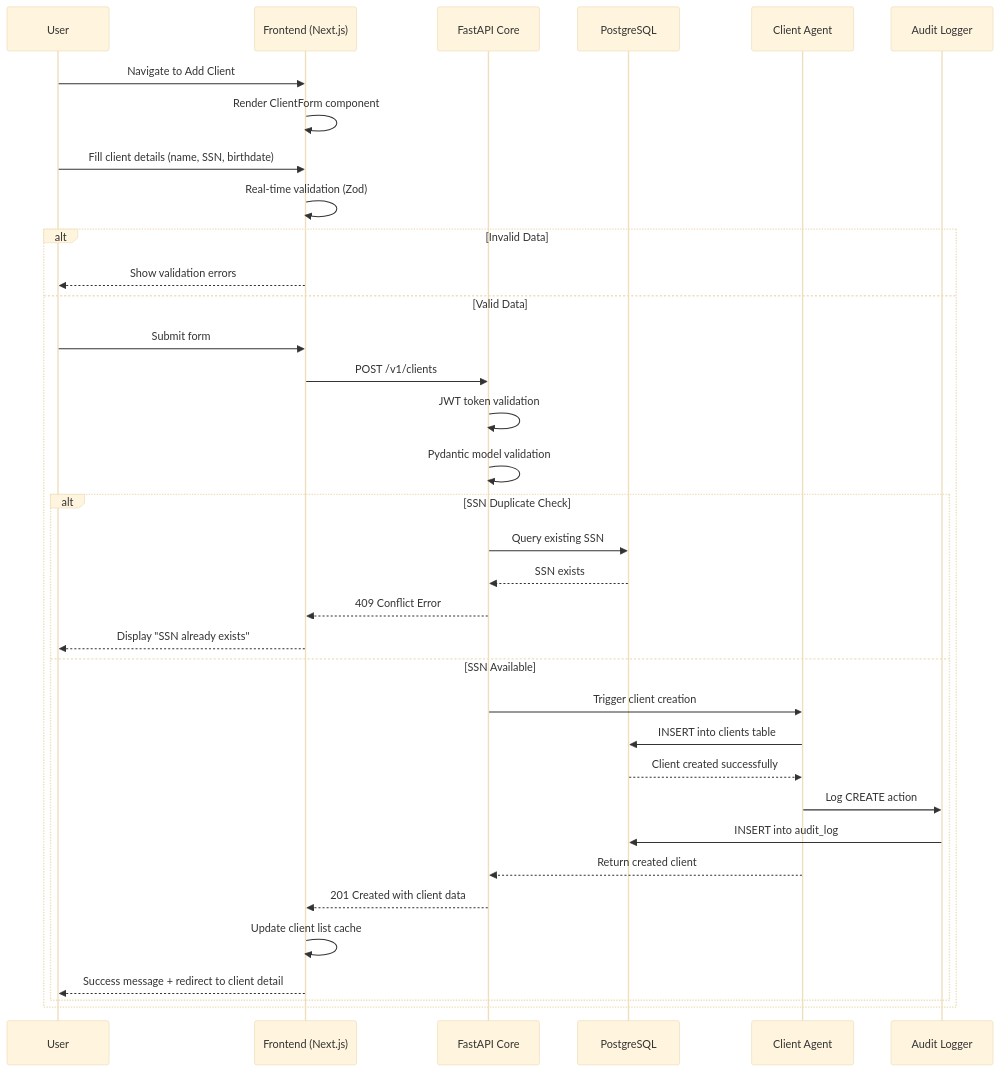
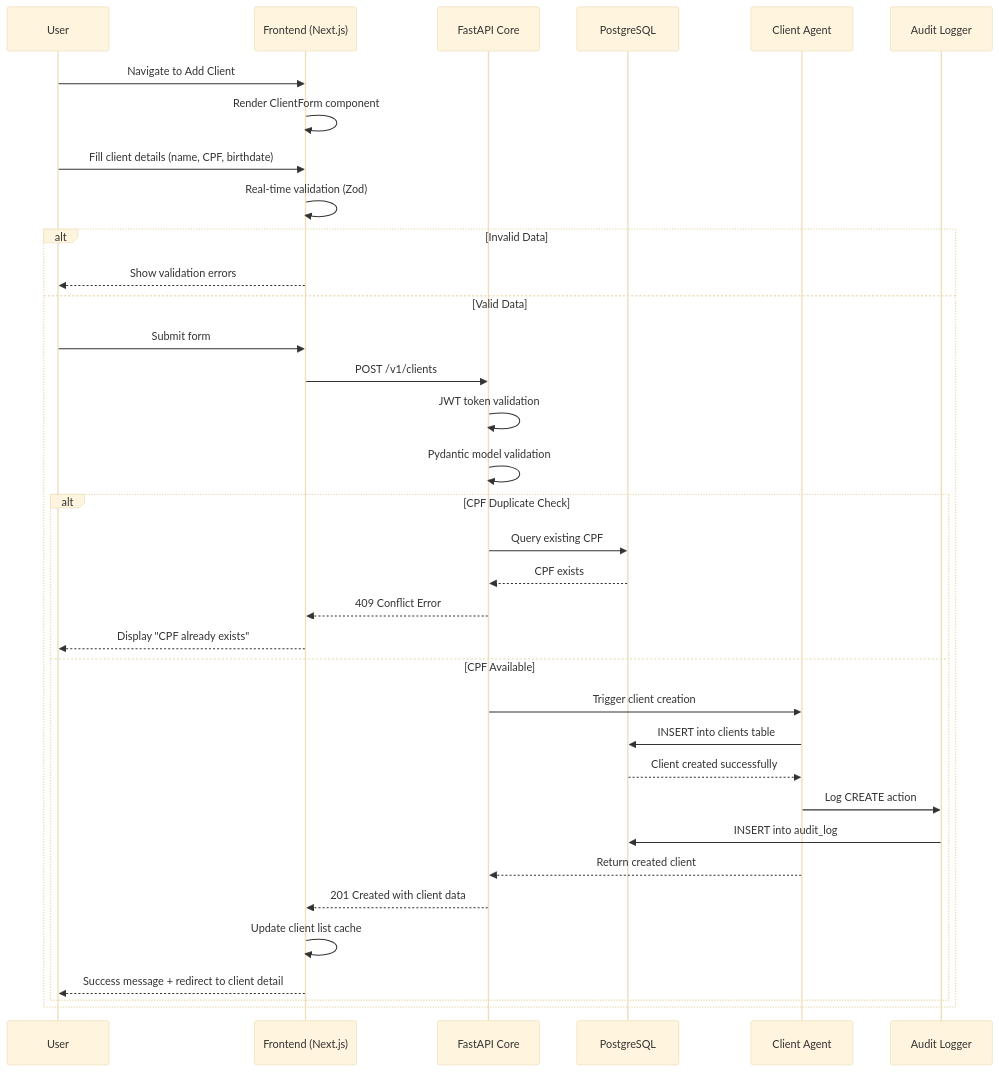
One commit to docg1701/iam-dashboard changed the third of 5 diagrams in docs/architecture.md. Above: the diagram before and after it, drawn with Mermaid (base theme). The commit also changed other lines of this file and 33 other files, not shown here.

````diff
--- a/docs/architecture.md
+++ b/docs/architecture.md
@@ -695,40 +695,40 @@
 ```mermaid
 sequenceDiagram
     participant U as User
     participant F as Frontend (Next.js)
     participant API as FastAPI Core
     participant DB as PostgreSQL
     participant A1 as Client Agent
     participant AL as Audit Logger
 
     U->>F: Navigate to Add Client
     F->>F: Render ClientForm component
-    U->>F: Fill client details (name, SSN, birthdate)
+    U->>F: Fill client details (name, CPF, birthdate)
     F->>F: Real-time validation (Zod)
     
     alt Invalid Data
         F-->>U: Show validation errors
     else Valid Data
         U->>F: Submit form
         F->>API: POST /v1/clients
         API->>API: JWT token validation
         API->>API: Pydantic model validation
         
-        alt SSN Duplicate Check
-            API->>DB: Query existing SSN
-            DB-->>API: SSN exists
+        alt CPF Duplicate Check
+            API->>DB: Query existing CPF
+            DB-->>API: CPF exists
             API-->>F: 409 Conflict Error
-            F-->>U: Display "SSN already exists"
-        else SSN Available
+            F-->>U: Display "CPF already exists"
+        else CPF Available
             API->>A1: Trigger client creation
             A1->>DB: INSERT into clients table
             DB-->>A1: Client created successfully
             A1->>AL: Log CREATE action
             AL->>DB: INSERT into audit_log
             A1-->>API: Return created client
             API-->>F: 201 Created with client data
             F->>F: Update client list cache
             F-->>U: Success message + redirect to client detail
         end
     end
 ```
````
